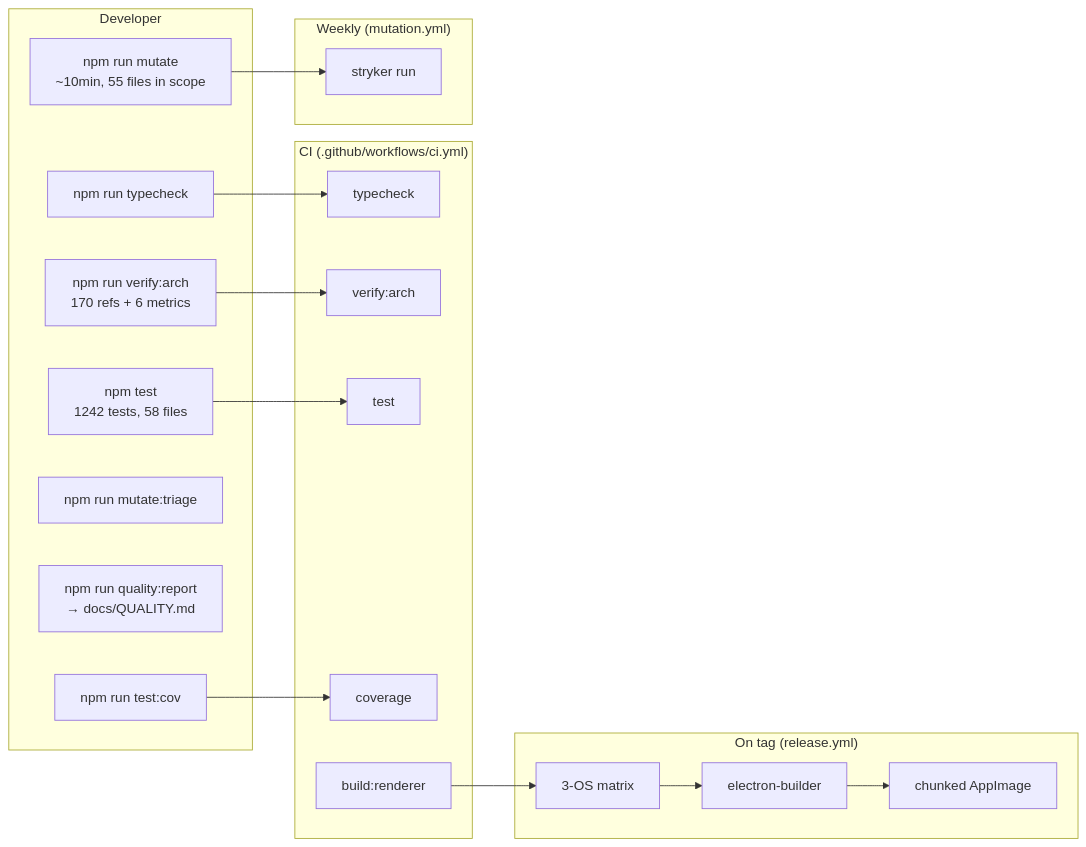
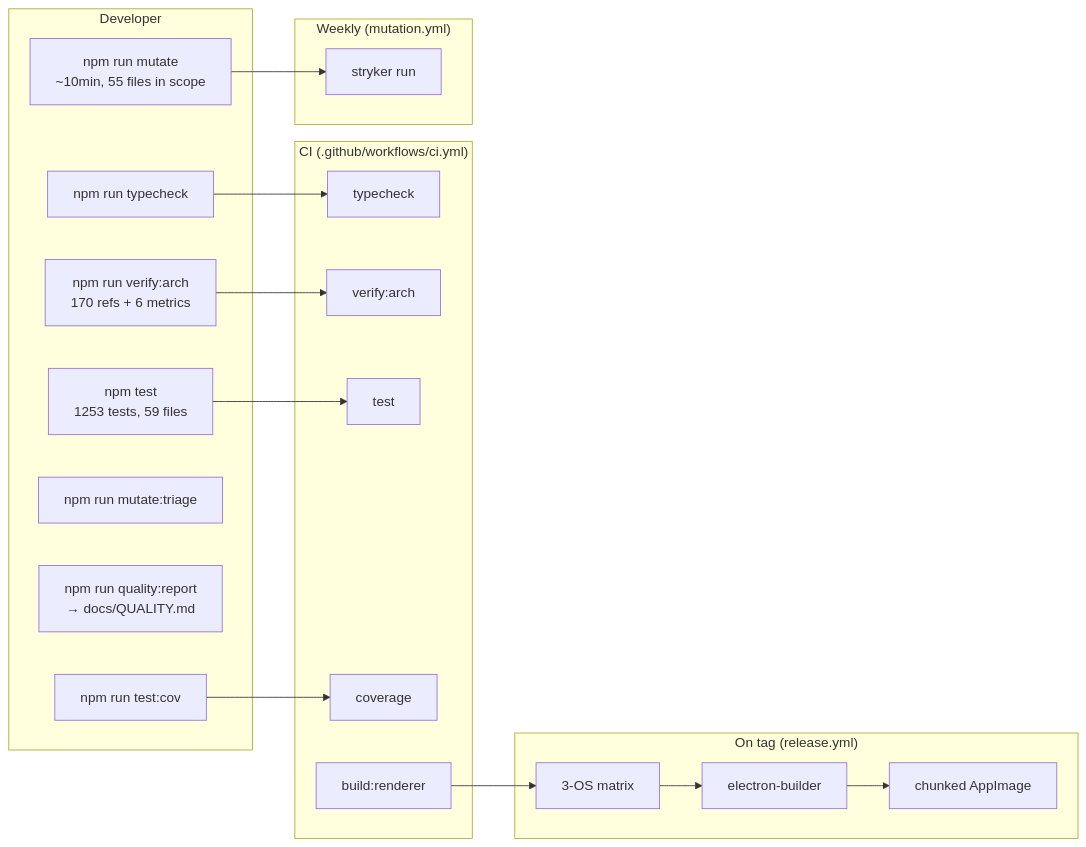
One commit to hiroto1977/- changed the tenth of 14 diagrams in docs/ARCHITECTURE.md. Above: the diagram before and after it, drawn with Mermaid. The commit also changed other lines of this file and 8 other files, not shown here.

````diff
--- a/docs/ARCHITECTURE.md
+++ b/docs/ARCHITECTURE.md
@@ -654,33 +654,33 @@
 ```mermaid
 graph LR
   subgraph "Developer"
     D1[npm run typecheck]
-    D2[npm test<br/>1242 tests, 58 files]
+    D2[npm test<br/>1253 tests, 59 files]
     D3[npm run test:cov]
     D4[npm run mutate<br/>~10min, 55 files in scope]
     D5[npm run mutate:triage]
     D6[npm run quality:report<br/>→ docs/QUALITY.md]
     D7[npm run verify:arch<br/>170 refs + 6 metrics]
   end
   subgraph "CI (.github/workflows/ci.yml)"
     C1[typecheck]
     C2[verify:arch]
     C3[test]
     C4[coverage]
     C5[build:renderer]
   end
   subgraph "Weekly (mutation.yml)"
     M1[stryker run]
   end
   subgraph "On tag (release.yml)"
     R1[3-OS matrix]
     R2[electron-builder]
     R3[chunked AppImage]
   end
   D1 --> C1
   D7 --> C2
   D2 --> C3
   D3 --> C4
   D4 --> M1
   C5 --> R1 --> R2 --> R3
 ```
````
